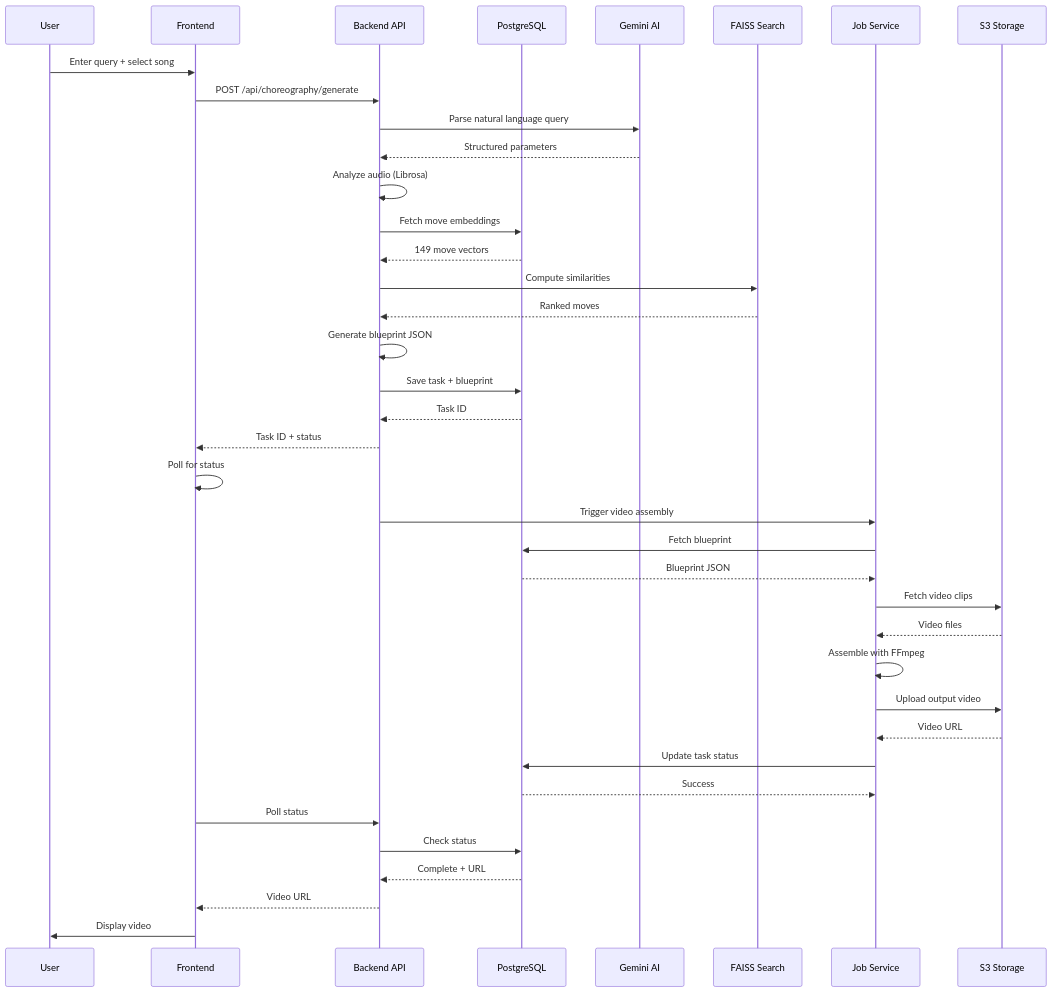
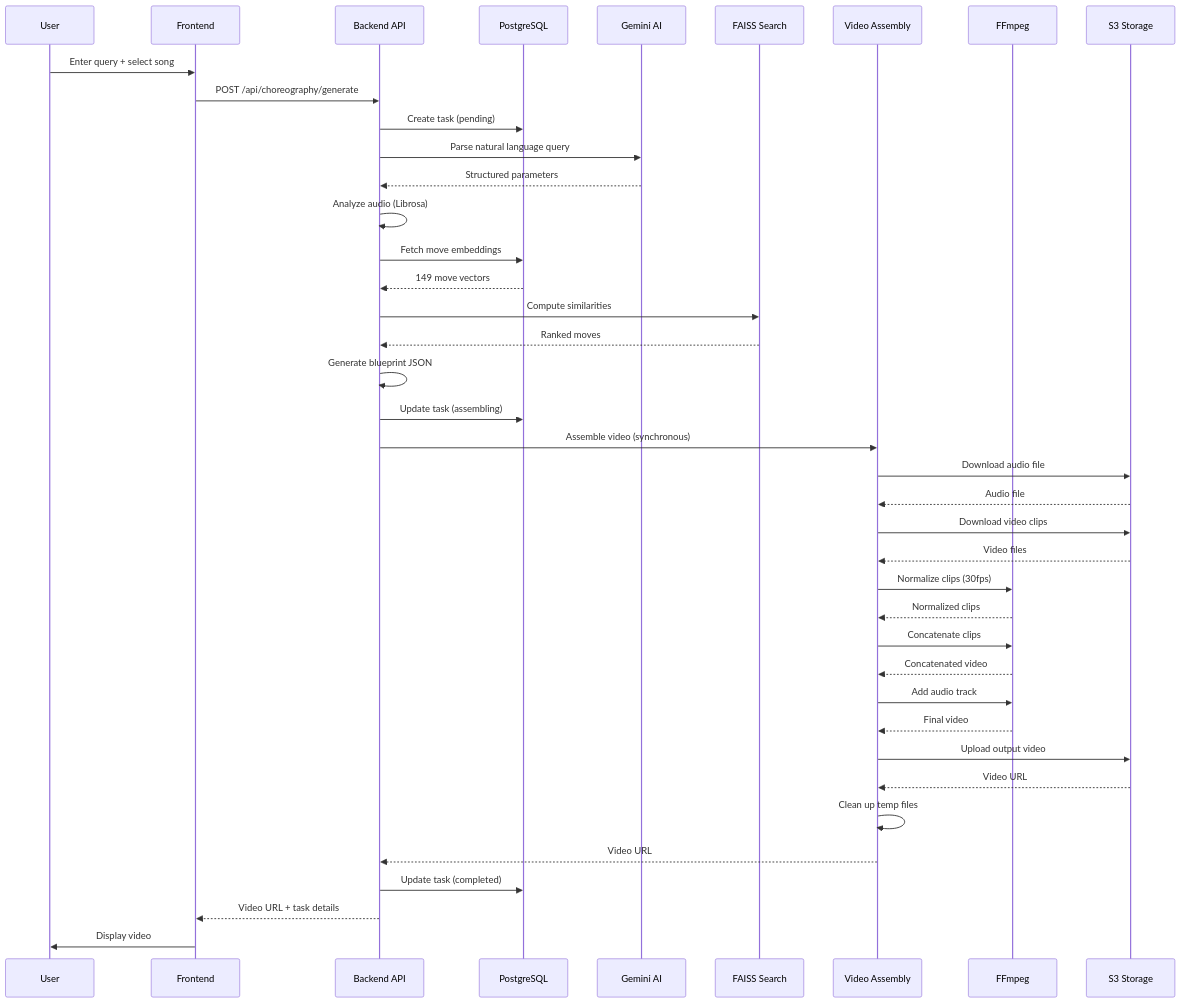
Before and after one commit to erickrex/bachata_buddy: the fifth of 6 diagrams in ARCHITECTURE.md, drawn with Mermaid. The commit also changed other lines of this file and 44 other files, not shown here.

````diff
--- a/ARCHITECTURE.md
+++ b/ARCHITECTURE.md
@@ -383,41 +445,43 @@
 ```mermaid
 sequenceDiagram
     participant U as User
     participant FE as Frontend
     participant BE as Backend API
     participant DB as PostgreSQL
     participant GEMINI as Gemini AI
     participant FAISS as FAISS Search
-    participant JOB as Job Service
+    participant VA as Video Assembly
+    participant FFmpeg as FFmpeg
     participant S3 as S3 Storage
     
     U->>FE: Enter query + select song
     FE->>BE: POST /api/choreography/generate
+    BE->>DB: Create task (pending)
     BE->>GEMINI: Parse natural language query
     GEMINI-->>BE: Structured parameters
     BE->>BE: Analyze audio (Librosa)
     BE->>DB: Fetch move embeddings
     DB-->>BE: 149 move vectors
     BE->>FAISS: Compute similarities
     FAISS-->>BE: Ranked moves
     BE->>BE: Generate blueprint JSON
-    BE->>DB: Save task + blueprint
-    DB-->>BE: Task ID
-    BE-->>FE: Task ID + status
-    FE->>FE: Poll for status
-    BE->>JOB: Trigger video assembly
-    JOB->>DB: Fetch blueprint
-    DB-->>JOB: Blueprint JSON
-    JOB->>S3: Fetch video clips
-    S3-->>JOB: Video files
-    JOB->>JOB: Assemble with FFmpeg
-    JOB->>S3: Upload output video
-    S3-->>JOB: Video URL
-    JOB->>DB: Update task status
-    DB-->>JOB: Success
-    FE->>BE: Poll status
-    BE->>DB: Check status
-    DB-->>BE: Complete + URL
-    BE-->>FE: Video URL
+    BE->>DB: Update task (assembling)
+    BE->>VA: Assemble video (synchronous)
+    VA->>S3: Download audio file
+    S3-->>VA: Audio file
+    VA->>S3: Download video clips
+    S3-->>VA: Video files
+    VA->>FFmpeg: Normalize clips (30fps)
+    FFmpeg-->>VA: Normalized clips
+    VA->>FFmpeg: Concatenate clips
+    FFmpeg-->>VA: Concatenated video
+    VA->>FFmpeg: Add audio track
+    FFmpeg-->>VA: Final video
+    VA->>S3: Upload output video
+    S3-->>VA: Video URL
+    VA->>VA: Clean up temp files
+    VA-->>BE: Video URL
+    BE->>DB: Update task (completed)
+    BE-->>FE: Video URL + task details
     FE->>U: Display video
 ```
````
